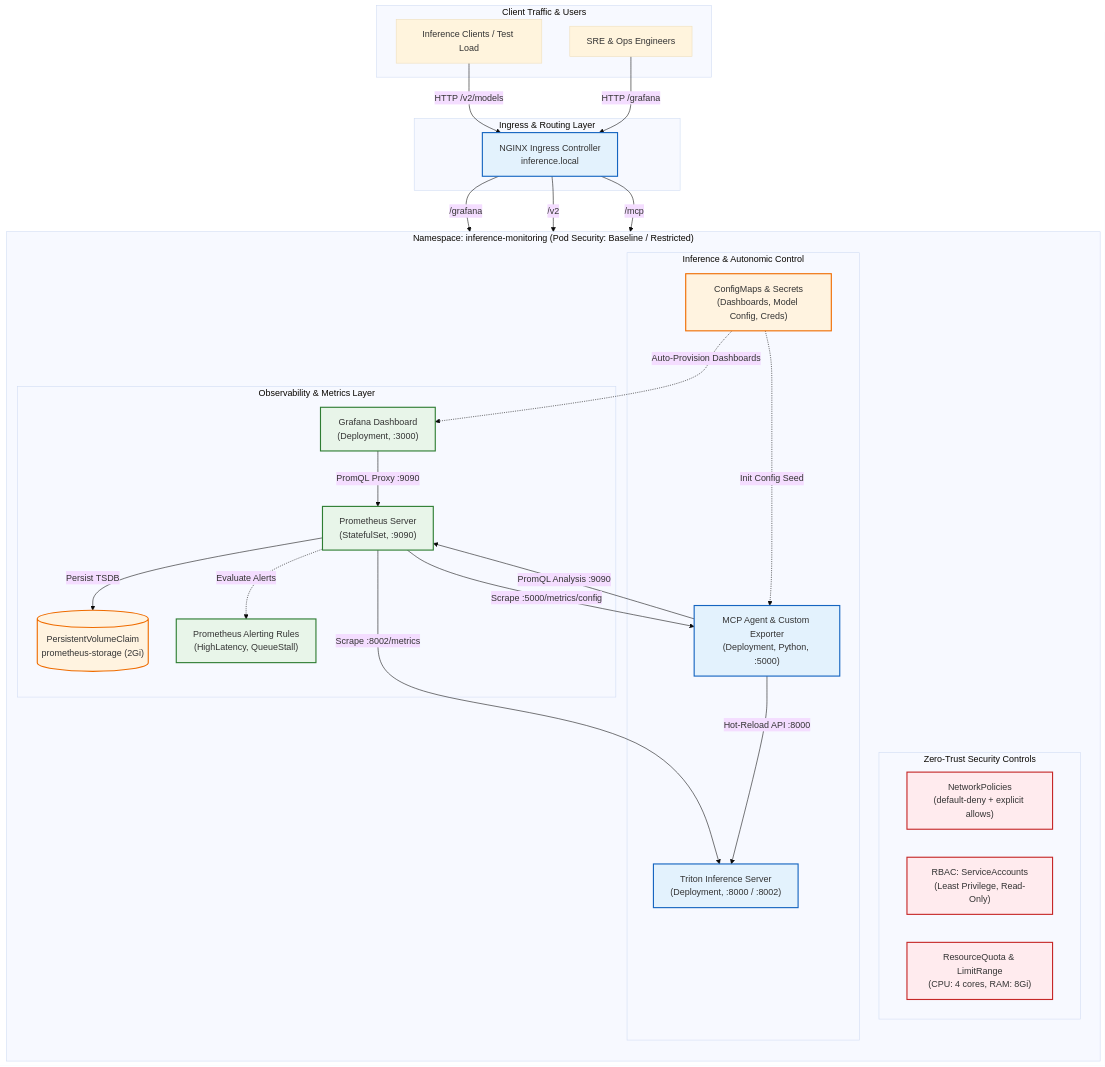
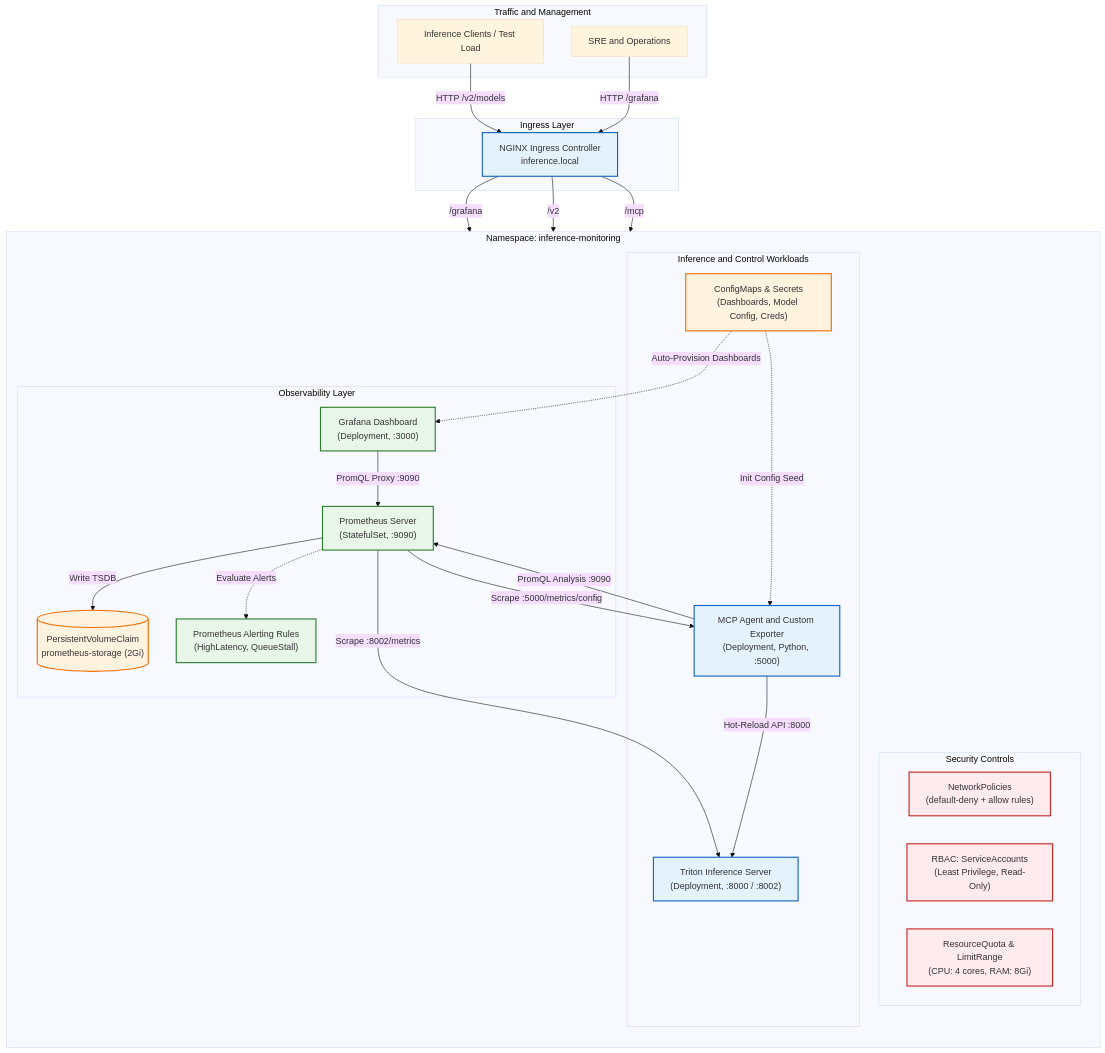
The diagram in README.md (Shengan01/Inference-Server), drawn with Mermaid (base theme) before and after one commit. The commit also changed other lines of this file and 10 other files, not shown here.

````diff
--- a/README.md
+++ b/README.md
@@ -30,58 +30,58 @@
 ```mermaid
 flowchart TD
     classDef sec fill:#ffebee,stroke:#c62828,stroke-width:2px;
     classDef k8s fill:#e3f2fd,stroke:#1565c0,stroke-width:2px;
     classDef obs fill:#e8f5e9,stroke:#2e7d32,stroke-width:2px;
     classDef storage fill:#fff3e0,stroke:#ef6c00,stroke-width:2px;
 
-    subgraph External ["Client Traffic & Users"]
+    subgraph External ["Traffic and Management"]
         USER["Inference Clients / Test Load"]
-        ADMIN["SRE & Ops Engineers"]
+        ADMIN["SRE and Operations"]
     end
 
-    subgraph IngressLayer ["Ingress & Routing Layer"]
+    subgraph IngressLayer ["Ingress Layer"]
         ING["NGINX Ingress Controller\ninference.local"]:::k8s
     end
 
-    subgraph Cluster ["Namespace: inference-monitoring (Pod Security: Baseline / Restricted)"]
+    subgraph Cluster ["Namespace: inference-monitoring"]
         direction TB
 
-        subgraph SecurityControls ["Zero-Trust Security Controls"]
-            NP["NetworkPolicies\n(default-deny + explicit allows)"]:::sec
+        subgraph SecurityControls ["Security Controls"]
+            NP["NetworkPolicies\n(default-deny + allow rules)"]:::sec
             RBAC["RBAC: ServiceAccounts\n(Least Privilege, Read-Only)"]:::sec
             QUOTA["ResourceQuota & LimitRange\n(CPU: 4 cores, RAM: 8Gi)"]:::sec
         end
 
-        subgraph ObservabilityLayer ["Observability & Metrics Layer"]
+        subgraph ObservabilityLayer ["Observability Layer"]
             PROM["Prometheus Server\n(StatefulSet, :9090)"]:::obs
             GRAF["Grafana Dashboard\n(Deployment, :3000)"]:::obs
             PVC[("PersistentVolumeClaim\nprometheus-storage (2Gi)")]:::storage
             RULES["Prometheus Alerting Rules\n(HighLatency, QueueStall)"]:::obs
         end
 
-        subgraph CoreWorkloads ["Inference & Autonomic Control"]
+        subgraph CoreWorkloads ["Inference and Control Workloads"]
             TRITON["Triton Inference Server\n(Deployment, :8000 / :8002)"]:::k8s
-            AGENT["MCP Agent & Custom Exporter\n(Deployment, Python, :5000)"]:::k8s
+            AGENT["MCP Agent and Custom Exporter\n(Deployment, Python, :5000)"]:::k8s
             CM["ConfigMaps & Secrets\n(Dashboards, Model Config, Creds)"]:::storage
         end
     end
 
     USER -->|HTTP /v2/models| ING
     ADMIN -->|HTTP /grafana| ING
 
     ING -->|/grafana| GRAF
     ING -->|/v2| TRITON
     ING -->|/mcp| AGENT
 
     PROM -->|Scrape :8002/metrics| TRITON
     PROM -->|Scrape :5000/metrics/config| AGENT
-    PROM -->|Persist TSDB| PVC
+    PROM -->|Write TSDB| PVC
     PROM -.->|Evaluate Alerts| RULES
 
     GRAF -->|PromQL Proxy :9090| PROM
     AGENT -->|PromQL Analysis :9090| PROM
     AGENT -->|Hot-Reload API :8000| TRITON
 
     CM -.->|Auto-Provision Dashboards| GRAF
     CM -.->|Init Config Seed| AGENT
 ```
````
